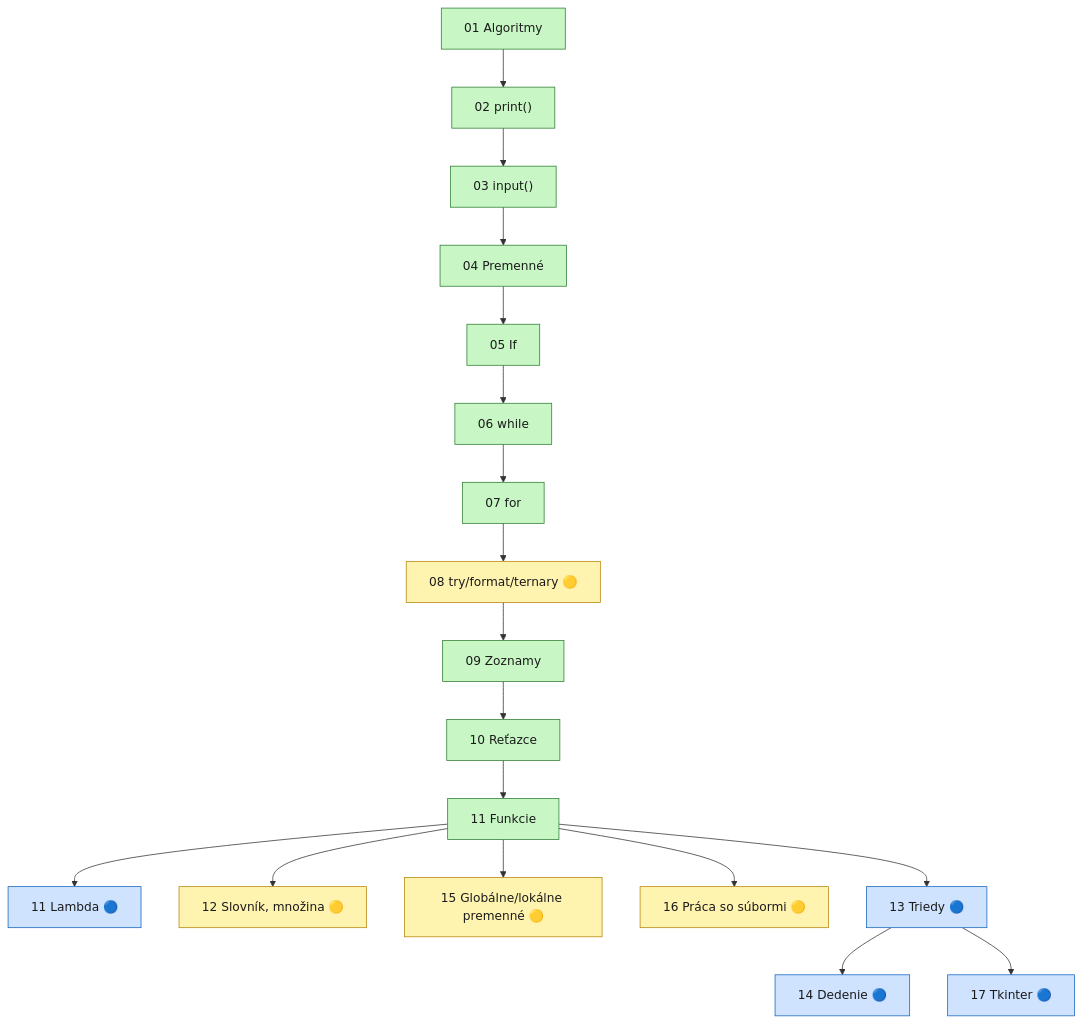
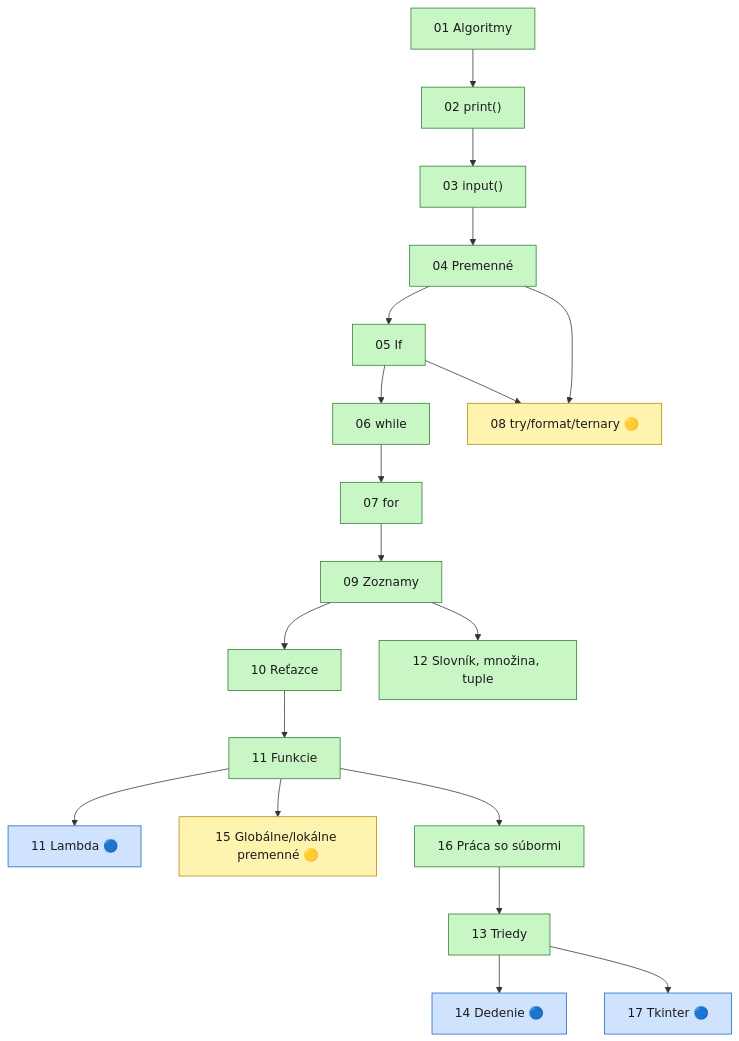
The diagram in Lessons_sk/00_Mapa_sk.md (SpsKnSK/api), drawn with Mermaid before and after one commit. The commit also changed other lines of this file and 19 other files, not shown here.

````diff
--- a/Lessons_sk/00_Mapa_sk.md
+++ b/Lessons_sk/00_Mapa_sk.md
@@ -7,27 +11,28 @@
 ```mermaid
 flowchart TD
     A["01 Algoritmy"] --> B["02 print()"]
     B --> C["03 input()"]
     C --> D["04 Premenné"]
     D --> E["05 If"]
     E --> F["06 while"]
     F --> G["07 for"]
-    G --> H["08 try/format/ternary 🟡"]
-    H --> I["09 Zoznamy"]
+    D --> H["08 try/format/ternary 🟡"]
+    E --> H
+    G --> I["09 Zoznamy"]
     I --> J["10 Reťazce"]
     J --> K["11 Funkcie"]
     K --> L["11 Lambda 🔵"]
-    K --> M["12 Slovník, množina 🟡"]
+    I --> M["12 Slovník, množina, tuple"]
     K --> N["15 Globálne/lokálne premenné 🟡"]
-    K --> O["16 Práca so súbormi 🟡"]
-    K --> P["13 Triedy 🔵"]
+    K --> O["16 Práca so súbormi"]
+    O --> P["13 Triedy"]
     P --> Q["14 Dedenie 🔵"]
     P --> R["17 Tkinter 🔵"]
 
     classDef alap fill:#c8f7c5,stroke:#2e7d32,color:#1b1b1b;
     classDef extra fill:#fff3b0,stroke:#b8860b,color:#1b1b1b;
     classDef opcio fill:#cfe3ff,stroke:#1565c0,color:#1b1b1b;
-    class A,B,C,D,E,F,G,I,J,K alap;
-    class H,M,N,O extra;
-    class L,P,Q,R opcio;
+    class A,B,C,D,E,F,G,I,J,K,M,O,P alap;
+    class H,N extra;
+    class L,Q,R opcio;
 ```
````
